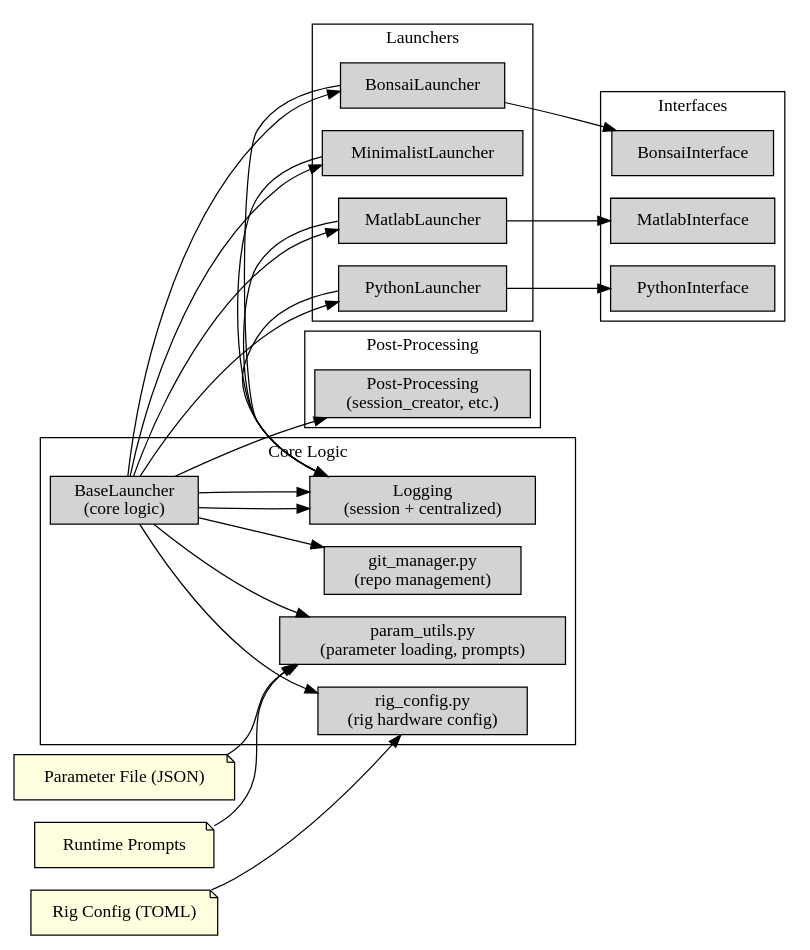
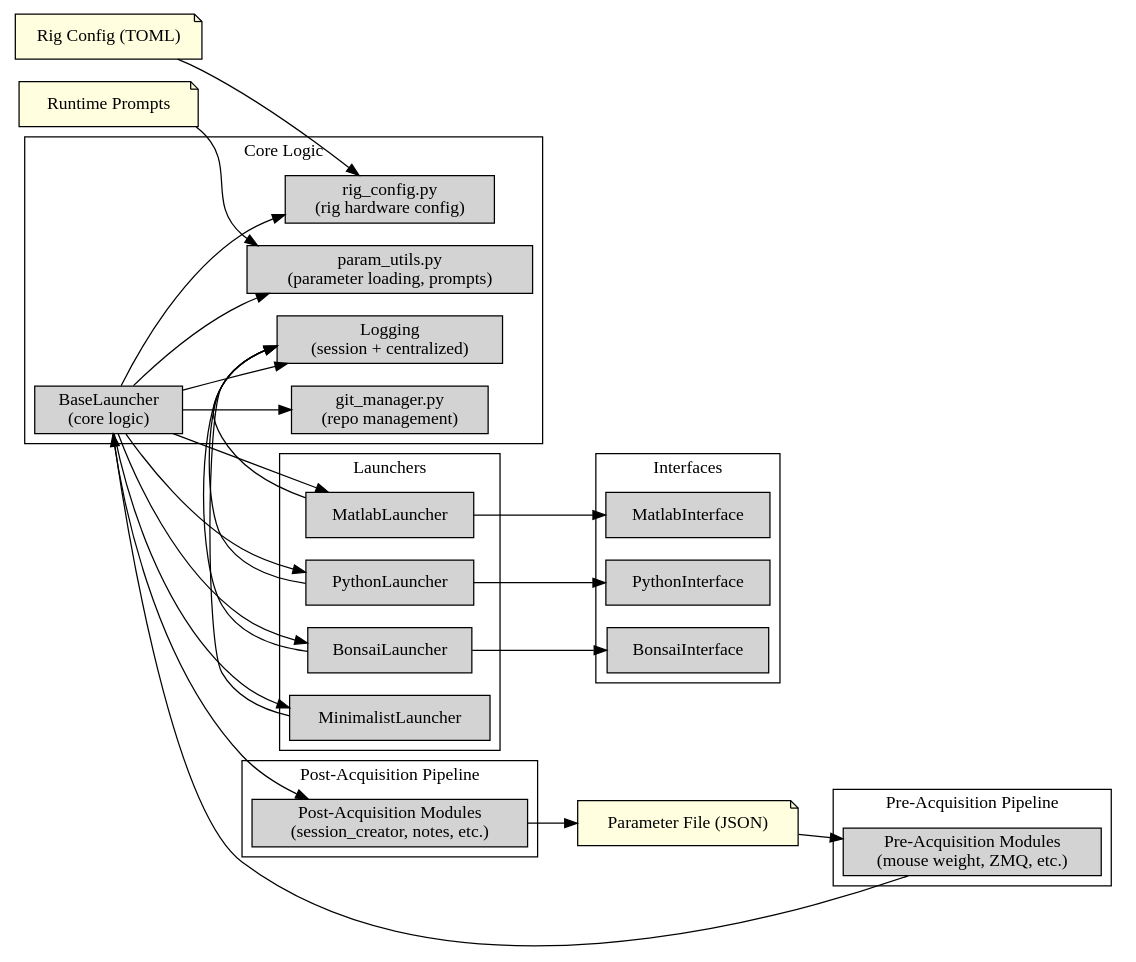
Before and after one commit to AllenNeuralDynamics/openscope-experimental-launcher: the diagram in docs/source/architecture.rst, drawn with Graphviz. The commit also changed other lines of this file and 67 other files, not shown here.

```diff
--- a/docs/source/architecture.rst
+++ b/docs/source/architecture.rst
@@ -4,68 +4,67 @@
 .. graphviz::
 
    digraph launcher_architecture {
        rankdir=LR;
        node [shape=box, style=filled, fillcolor=lightgray];
 
        subgraph cluster_core {
            label="Core Logic";
            BaseLauncher [label="BaseLauncher\n(core logic)"];
            ParamUtils [label="param_utils.py\n(parameter loading, prompts)"];
            RigConfig [label="rig_config.py\n(rig hardware config)"];
            GitManager [label="git_manager.py\n(repo management)"];
            Logging [label="Logging\n(session + centralized)"];
        }
 
        subgraph cluster_launchers {
            label="Launchers";
            BonsaiLauncher [label="BonsaiLauncher"];
            MatlabLauncher [label="MatlabLauncher"];
            PythonLauncher [label="PythonLauncher"];
            MinimalistLauncher [label="MinimalistLauncher"];
        }
 
+       subgraph cluster_pre {
+           label="Pre-Acquisition Pipeline";
+           PreModules [label="Pre-Acquisition Modules\n(mouse weight, ZMQ, etc.)"];
+       }
+
+       subgraph cluster_post {
+           label="Post-Acquisition Pipeline";
+           PostModules [label="Post-Acquisition Modules\n(session_creator, notes, etc.)"];
+       }
+
        subgraph cluster_interfaces {
            label="Interfaces";
            InterfaceBonsai [label="BonsaiInterface"];
            InterfaceMatlab [label="MatlabInterface"];
            InterfacePython [label="PythonInterface"];
        }
 
-       subgraph cluster_post {
-           label="Post-Processing";
-           PostProcessing [label="Post-Processing\n(session_creator, etc.)"];
-       }
-
-       # Parameter tiers
        ParamFile [label="Parameter File (JSON)", shape=note, fillcolor=lightyellow];
        RigConfigFile [label="Rig Config (TOML)", shape=note, fillcolor=lightyellow];
        RuntimePrompt [label="Runtime Prompts", shape=note, fillcolor=lightyellow];
 
        # Relationships
+       ParamFile -> PreModules;
+       PreModules -> BaseLauncher;
        BaseLauncher -> BonsaiLauncher;
        BaseLauncher -> MatlabLauncher;
        BaseLauncher -> PythonLauncher;
        BaseLauncher -> MinimalistLauncher;
-
        BonsaiLauncher -> InterfaceBonsai;
        MatlabLauncher -> InterfaceMatlab;
        PythonLauncher -> InterfacePython;
-
        BaseLauncher -> ParamUtils;
        BaseLauncher -> RigConfig;
        BaseLauncher -> GitManager;
-       BaseLauncher -> Logging;
-       BaseLauncher -> PostProcessing;
-
-       # Parameter tiers flow
-       ParamFile -> ParamUtils;
-       RigConfigFile -> RigConfig;
-       RuntimePrompt -> ParamUtils;
-
-       # Logging flow
        BaseLauncher -> Logging;
        BonsaiLauncher -> Logging;
        MatlabLauncher -> Logging;
        PythonLauncher -> Logging;
        MinimalistLauncher -> Logging;
+       BaseLauncher -> PostModules;
+       PostModules -> ParamFile;
+       RigConfigFile -> RigConfig;
+       RuntimePrompt -> ParamUtils;
    }
```
